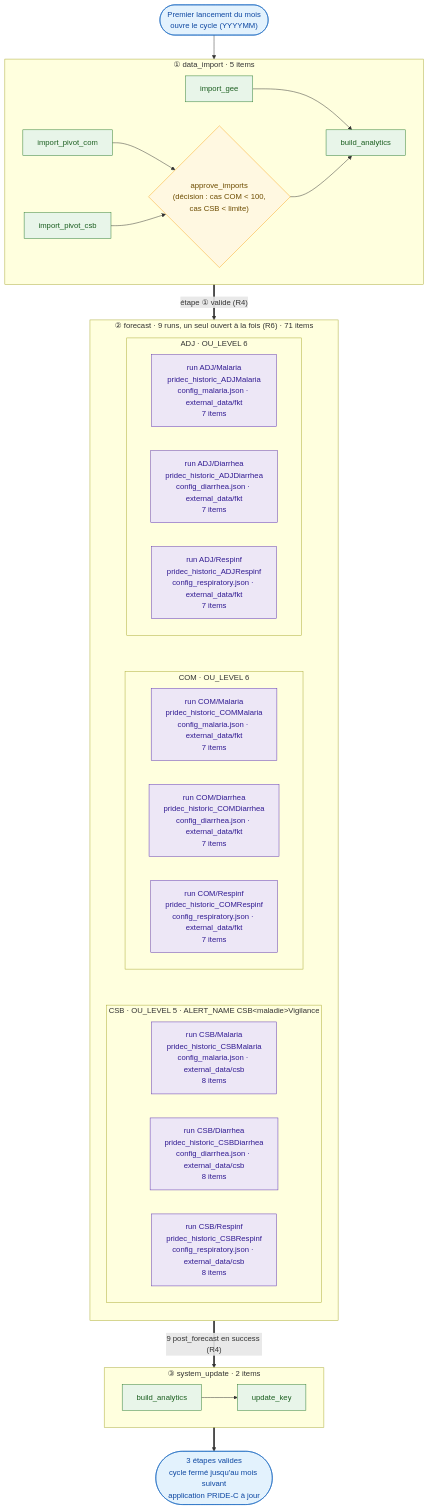
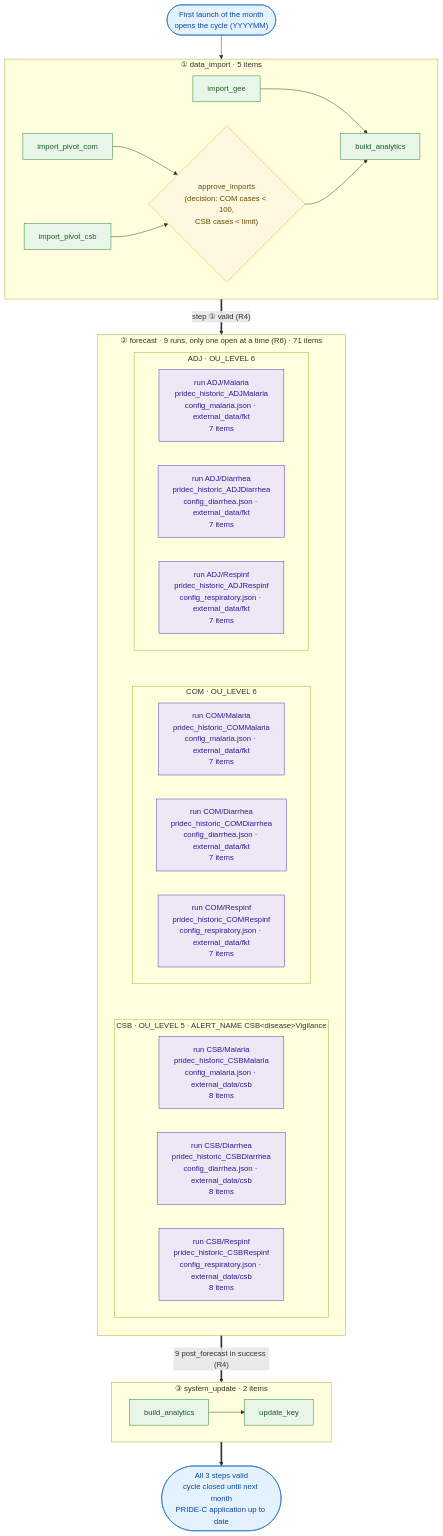
Before and after one commit to Pivot-Madagascar/pridec-docker: the first of 8 diagrams in etlhub/docs/pipeline-checkpoints-diagrams.md, drawn with Mermaid. The commit also changed other lines of this file and 4 other files, not shown here.

````diff
--- a/etlhub/docs/pipeline-checkpoints-diagrams.md
+++ b/etlhub/docs/pipeline-checkpoints-diagrams.md
@@ -40,56 +42,56 @@
 ```mermaid
 flowchart TB
-    START(["Premier lancement du mois<br/>ouvre le cycle (YYYYMM)"])
+    START(["First launch of the month<br/>opens the cycle (YYYYMM)"])
 
     subgraph S1["① data_import · 5 items"]
         direction LR
         gee["import_gee"] --> ba1["build_analytics"]
         pcom["import_pivot_com"] --> chk
         pcsb["import_pivot_csb"] --> chk
-        chk{"approve_imports<br/>(décision : cas COM &lt; 100,<br/>cas CSB &lt; limite)"} --> ba1
+        chk{"approve_imports<br/>(decision: COM cases &lt; 100,<br/>CSB cases &lt; limit)"} --> ba1
     end
 
-    subgraph S2["② forecast · 9 runs, un seul ouvert à la fois (R6) · 71 items"]
+    subgraph S2["② forecast · 9 runs, only one open at a time (R6) · 71 items"]
         direction TB
         subgraph SADJ["ADJ · OU_LEVEL 6"]
             direction LR
             r1["run ADJ/Malaria<br/>pridec_historic_ADJMalaria<br/>config_malaria.json · external_data/fkt<br/>7 items"]
             r2["run ADJ/Diarrhea<br/>pridec_historic_ADJDiarrhea<br/>config_diarrhea.json · external_data/fkt<br/>7 items"]
             r3["run ADJ/Respinf<br/>pridec_historic_ADJRespinf<br/>config_respiratory.json · external_data/fkt<br/>7 items"]
         end
         subgraph SCOM["COM · OU_LEVEL 6"]
             direction LR
             r4["run COM/Malaria<br/>pridec_historic_COMMalaria<br/>config_malaria.json · external_data/fkt<br/>7 items"]
             r5["run COM/Diarrhea<br/>pridec_historic_COMDiarrhea<br/>config_diarrhea.json · external_data/fkt<br/>7 items"]
             r6["run COM/Respinf<br/>pridec_historic_COMRespinf<br/>config_respiratory.json · external_data/fkt<br/>7 items"]
         end
-        subgraph SCSB["CSB · OU_LEVEL 5 · ALERT_NAME CSB&lt;maladie&gt;Vigilance"]
+        subgraph SCSB["CSB · OU_LEVEL 5 · ALERT_NAME CSB&lt;disease&gt;Vigilance"]
             direction LR
             r7["run CSB/Malaria<br/>pridec_historic_CSBMalaria<br/>config_malaria.json · external_data/csb<br/>8 items"]
             r8["run CSB/Diarrhea<br/>pridec_historic_CSBDiarrhea<br/>config_diarrhea.json · external_data/csb<br/>8 items"]
             r9["run CSB/Respinf<br/>pridec_historic_CSBRespinf<br/>config_respiratory.json · external_data/csb<br/>8 items"]
         end
         SADJ ~~~ SCOM ~~~ SCSB
     end
 
     subgraph S3["③ system_update · 2 items"]
         direction LR
         ba2["build_analytics"] --> key["update_key"]
     end
 
-    END(["3 étapes valides<br/>cycle fermé jusqu'au mois suivant<br/>application PRIDE-C à jour"])
+    END(["All 3 steps valid<br/>cycle closed until next month<br/>PRIDE-C application up to date"])
 
     START --> S1
-    S1 ==>|"étape ① valide (R4)"| S2
-    S2 ==>|"9 post_forecast en success (R4)"| S3
+    S1 ==>|"step ① valid (R4)"| S2
+    S2 ==>|"9 post_forecast in success (R4)"| S3
     S3 ==> END
 
     classDef item fill:#e8f5e9,stroke:#2e7d32,color:#1b5e20
     classDef human fill:#fff8e1,stroke:#f9a825,color:#6d4c00
     classDef run fill:#ede7f6,stroke:#5e35b1,color:#311b92
     classDef edge fill:#e3f2fd,stroke:#1565c0,color:#0d47a1
     class gee,pcom,pcsb,ba1,ba2,key item
     class chk human
     class r1,r2,r3,r4,r5,r6,r7,r8,r9 run
     class START,END edge
 ```
````
